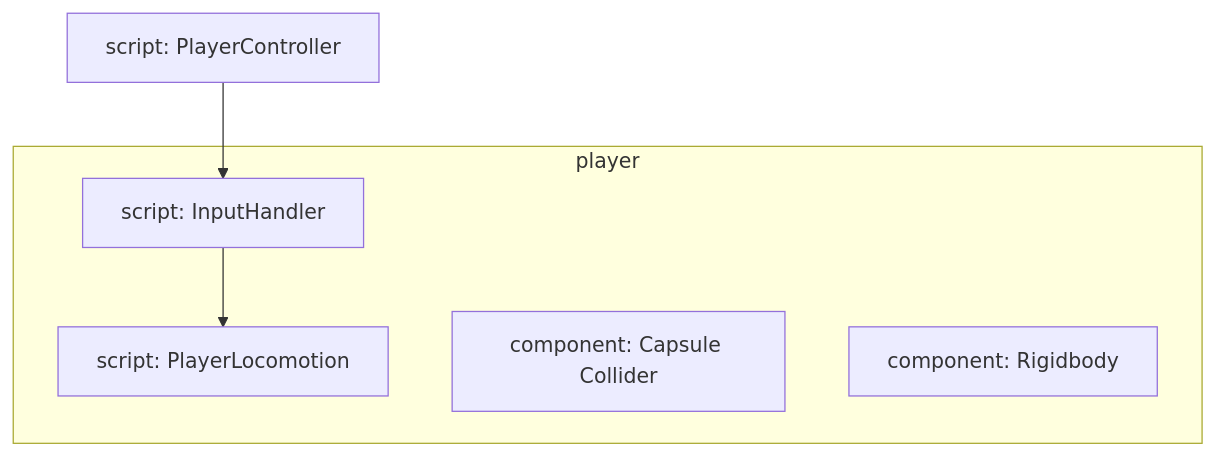
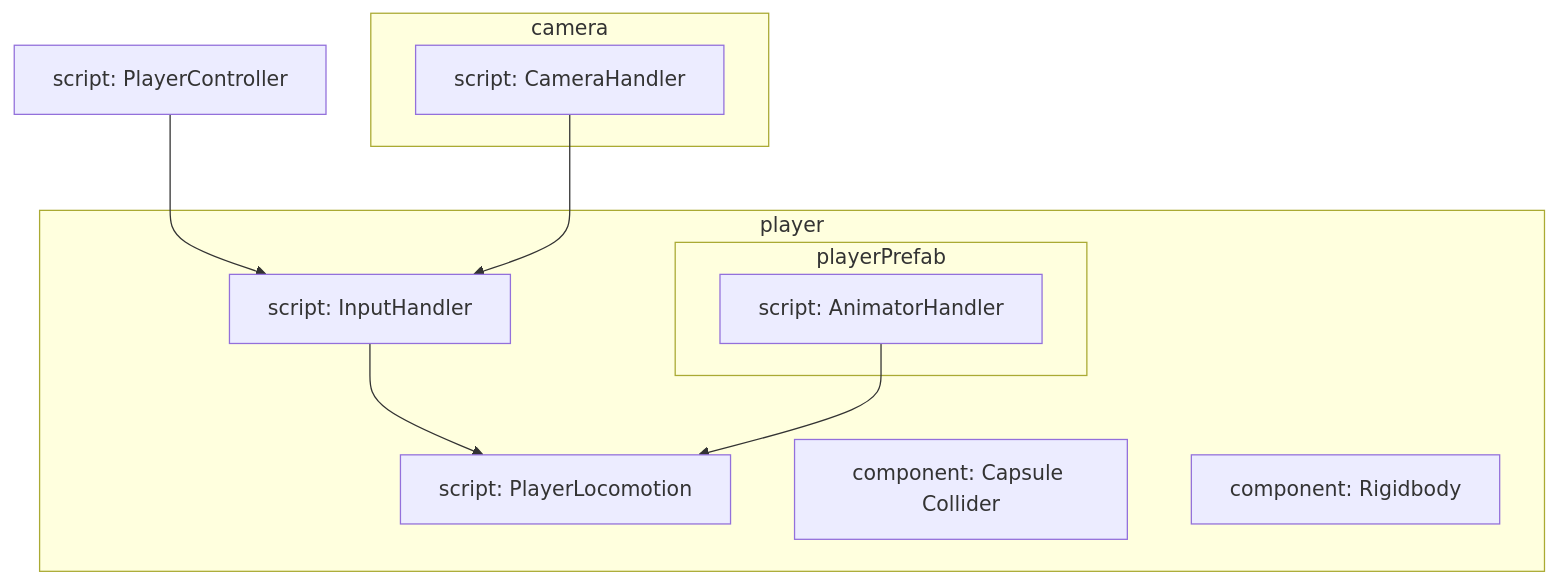
One commit to 8ku/note_other changed the diagram in docs/Code/C_Sharp/Unity_C_Sharp/Move.md. Above: the diagram before and after it, drawn with Mermaid. The commit also changed 9 other files, not shown here.

````diff
--- a/docs/Code/C_Sharp/Unity_C_Sharp/Move.md
+++ b/docs/Code/C_Sharp/Unity_C_Sharp/Move.md
@@ -39,16 +39,27 @@
 ```mermaid
 flowchart TB
-i[script: InputHandler] 
+ih[script: InputHandler] 
+ah[script: AnimatorHandler]
+ch[script: CameraHandler]
 pl[script: PlayerLocomotion]
 c[component: Capsule Collider]
 r[component: Rigidbody]
 pc[script: PlayerController]
 
-pc -->i
+
+pc -->ih
 
 subgraph player
-i -->pl
+ih -->pl
+ah-->pl
 c
 r
+    subgraph playerPrefab
+        ah
+    end
+end
+
+subgraph camera
+ch-->ih  
 end
 ```
````
